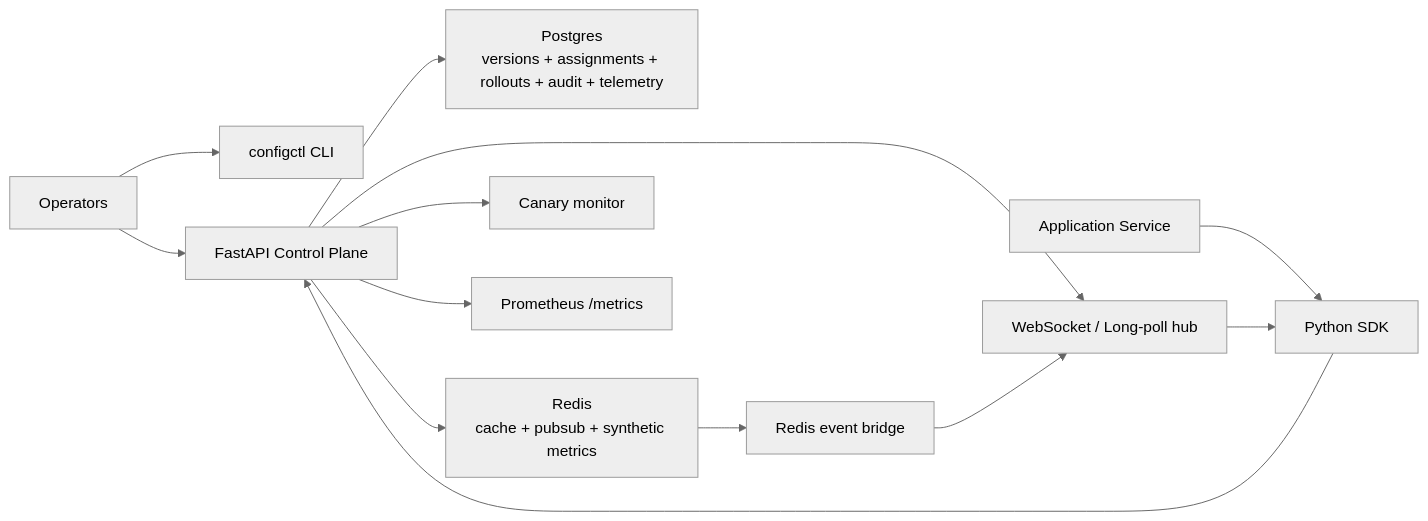
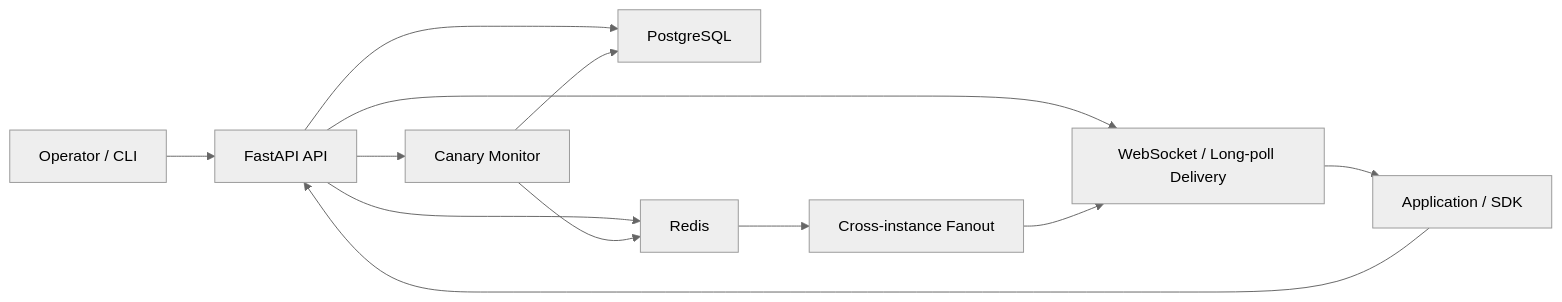
One commit to Nava-deep/ConfigControl changed the diagram in README.md. Above: the diagram before and after it, drawn with Mermaid (neutral theme). The commit also changed other lines of this file, not shown here.

````diff
--- a/README.md
+++ b/README.md
@@ -30,15 +42,14 @@
 ```mermaid
 flowchart LR
-    Operators["Operators"] --> CLI["configctl CLI"]
-    Operators --> API["FastAPI Control Plane"]
-    Service["Application Service"] --> SDK["Python SDK"]
-    SDK --> API
-    API --> PG["Postgres\nversions + assignments + rollouts + audit + telemetry"]
-    API --> REDIS["Redis\ncache + pubsub + synthetic metrics"]
-    API --> HUB["WebSocket / Long-poll hub"]
-    REDIS --> BRIDGE["Redis event bridge"]
-    BRIDGE --> HUB
-    API --> CANARY["Canary monitor"]
-    API --> PROM["Prometheus /metrics"]
-    HUB --> SDK
+    Operator["Operator / CLI"] --> API["FastAPI API"]
+    Client["Application / SDK"] --> API
+    API --> DB["PostgreSQL"]
+    API --> Redis["Redis"]
+    API --> Watch["WebSocket / Long-poll Delivery"]
+    Redis --> Fanout["Cross-instance Fanout"]
+    Fanout --> Watch
+    API --> Canary["Canary Monitor"]
+    Canary --> DB
+    Canary --> Redis
+    Watch --> Client
 ```
````
